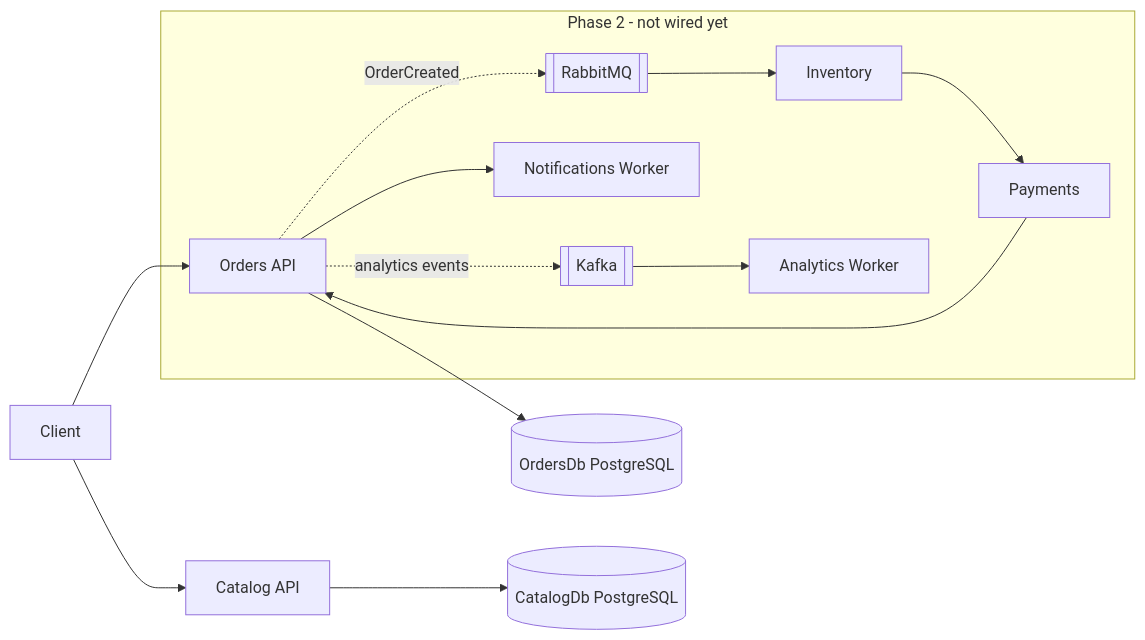
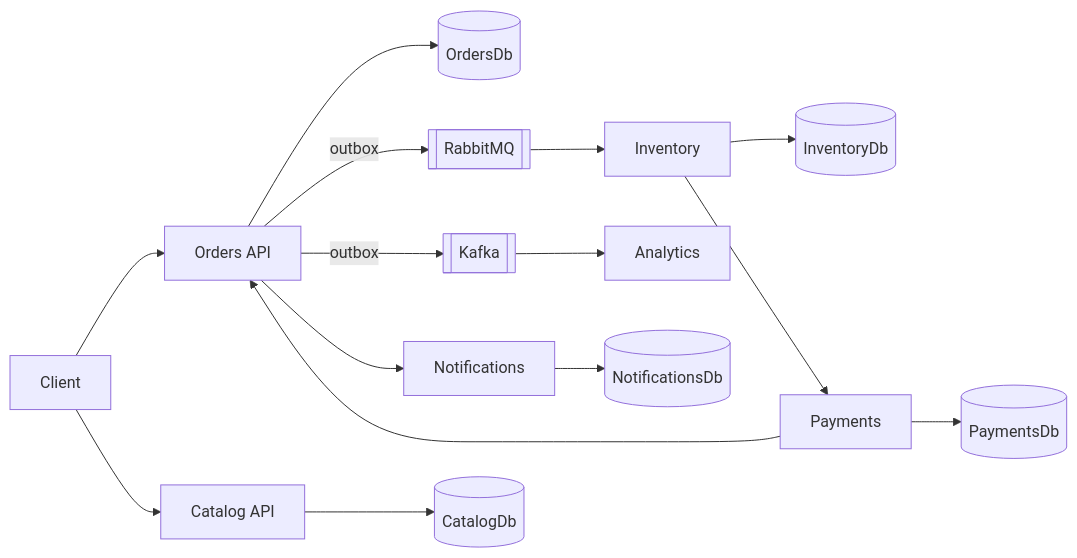
One commit to assem-khaleel-jimzawi/foodics-event-driven-platform changed the diagram in README.md. Above: the diagram before and after it, drawn with Mermaid. The commit also changed other lines of this file and 118 other files, not shown here.

````diff
--- a/README.md
+++ b/README.md
@@ -29,18 +33,17 @@
 ```mermaid
 flowchart LR
   Client[Client] --> OrdersApi[Orders API]
   Client --> CatalogApi[Catalog API]
-
-  OrdersApi --> OrdersDb[(OrdersDb PostgreSQL)]
-  CatalogApi --> CatalogDb[(CatalogDb PostgreSQL)]
-
-  subgraph phase2 [Phase 2 - not wired yet]
-    OrdersApi -.OrderCreated.-> RabbitMQ[[RabbitMQ]]
-    RabbitMQ --> Inventory[Inventory]
-    Inventory --> Payments[Payments]
-    Payments --> OrdersApi
-    OrdersApi --> Notifications[Notifications Worker]
-    OrdersApi -.analytics events.-> Kafka[[Kafka]]
-    Kafka --> Analytics[Analytics Worker]
-  end
+  OrdersApi --> OrdersDb[(OrdersDb)]
+  CatalogApi --> CatalogDb[(CatalogDb)]
+  OrdersApi -->|outbox| RabbitMQ[[RabbitMQ]]
+  OrdersApi -->|outbox| Kafka[[Kafka]]
+  RabbitMQ --> Inventory[Inventory]
+  Inventory --> InventoryDb[(InventoryDb)]
+  Inventory --> Payments[Payments]
+  Payments --> PaymentsDb[(PaymentsDb)]
+  Payments --> OrdersApi
+  OrdersApi --> Notifications[Notifications]
+  Notifications --> NotificationsDb[(NotificationsDb)]
+  Kafka --> Analytics[Analytics]
 ```
````
